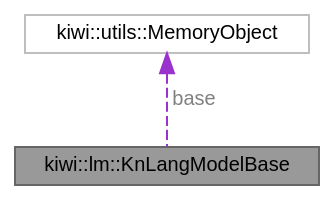
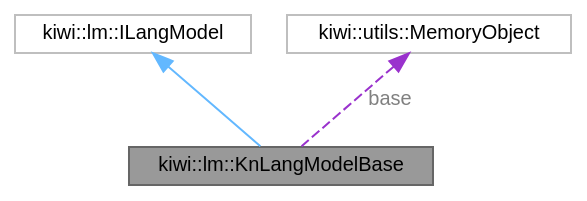
Before and after one commit to bab2min/Kiwi: the diagram in classkiwi_1_1lm_1_1KnLangModelBase__coll__graph.dot, drawn with Graphviz. The commit also changed 333 other files, not shown here.

```diff
--- a/classkiwi_1_1lm_1_1KnLangModelBase__coll__graph.dot
+++ b/classkiwi_1_1lm_1_1KnLangModelBase__coll__graph.dot
@@ -1,10 +1,12 @@
 digraph "kiwi::lm::KnLangModelBase"
 {
  // LATEX_PDF_SIZE
   bgcolor="transparent";
   edge [fontname=Helvetica,fontsize=10,labelfontname=Helvetica,labelfontsize=10];
   node [fontname=Helvetica,fontsize=10,shape=box,height=0.2,width=0.4];
   Node1 [id="Node000001",label="kiwi::lm::KnLangModelBase",height=0.2,width=0.4,color="gray40", fillcolor="grey60", style="filled", fontcolor="black",tooltip=" "];
-  Node2 -> Node1 [id="edge1_Node000001_Node000002",dir="back",color="darkorchid3",style="dashed",tooltip=" ",label=" base",fontcolor="grey" ];
-  Node2 [id="Node000002",label="kiwi::utils::MemoryObject",height=0.2,width=0.4,color="grey75", fillcolor="white", style="filled",URL="$classkiwi_1_1utils_1_1MemoryObject.html",tooltip=" "];
+  Node2 -> Node1 [id="edge1_Node000001_Node000002",dir="back",color="steelblue1",style="solid",tooltip=" "];
+  Node2 [id="Node000002",label="kiwi::lm::ILangModel",height=0.2,width=0.4,color="grey75", fillcolor="white", style="filled",URL="$classkiwi_1_1lm_1_1ILangModel.html",tooltip=" "];
+  Node3 -> Node1 [id="edge2_Node000001_Node000003",dir="back",color="darkorchid3",style="dashed",tooltip=" ",label=" base",fontcolor="grey" ];
+  Node3 [id="Node000003",label="kiwi::utils::MemoryObject",height=0.2,width=0.4,color="grey75", fillcolor="white", style="filled",URL="$classkiwi_1_1utils_1_1MemoryObject.html",tooltip=" "];
 }
```
